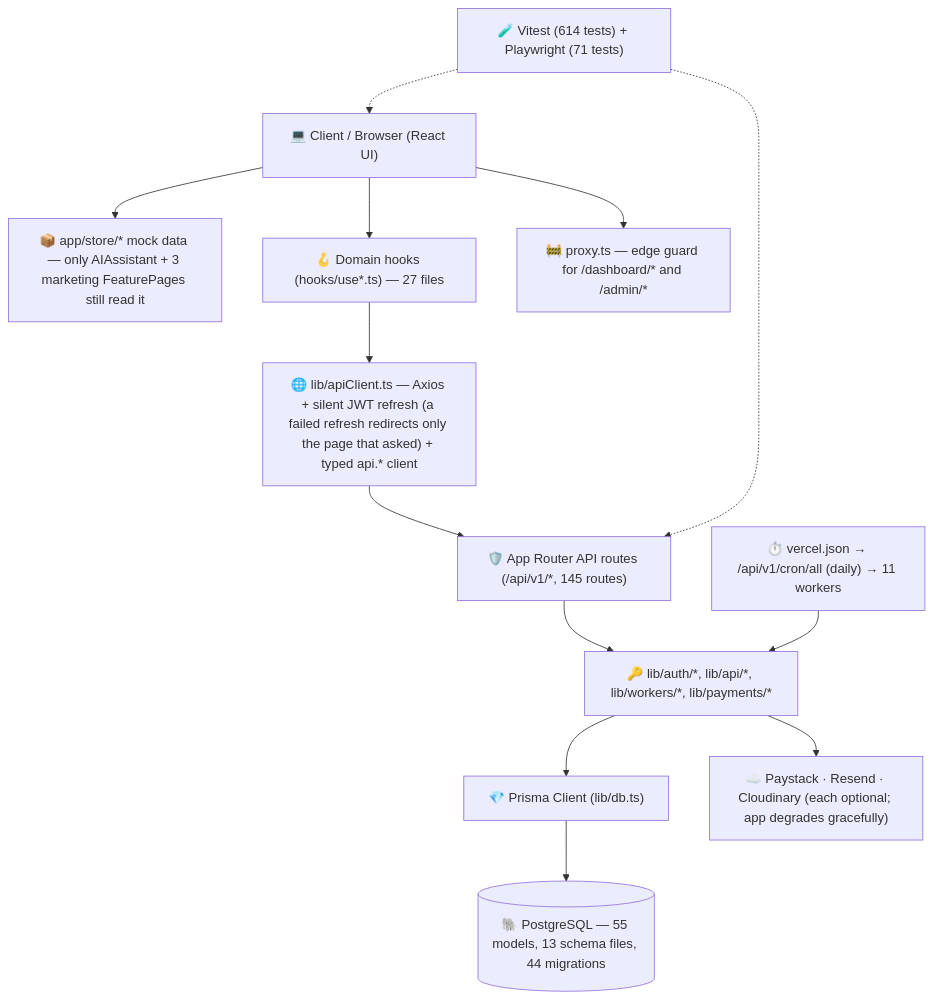
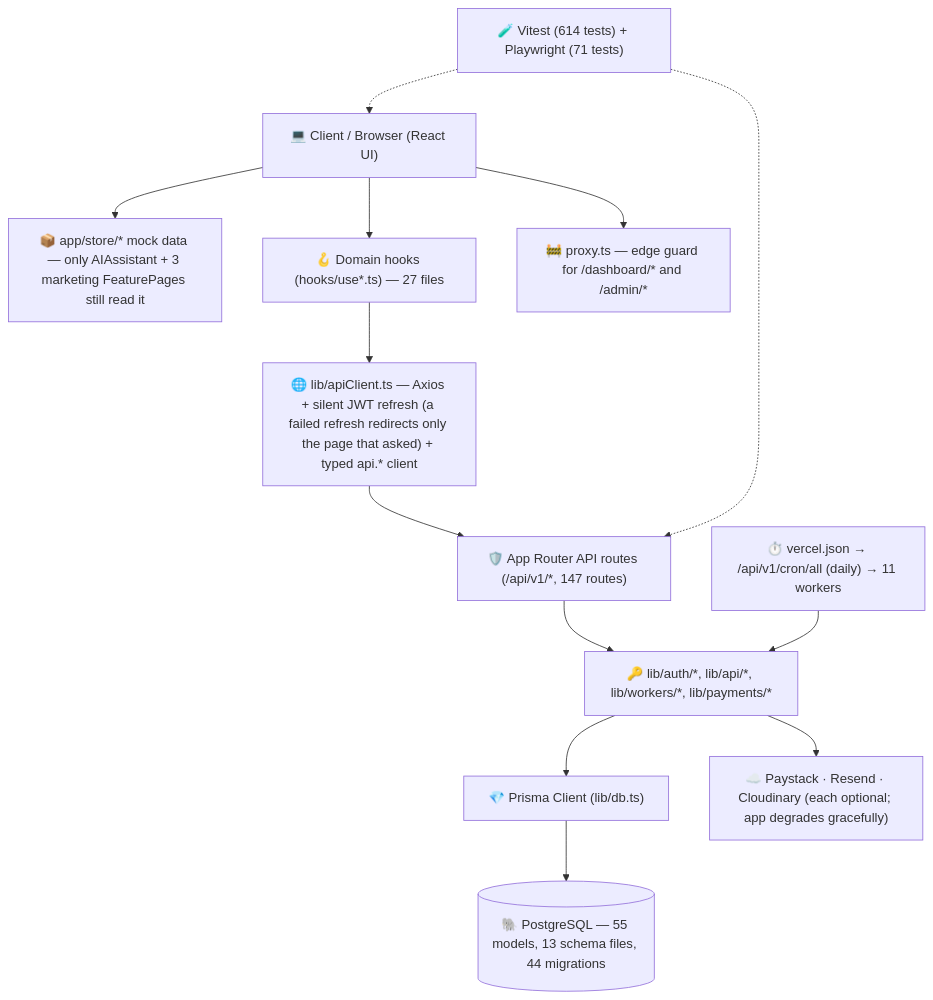
Before and after one commit to Proplity/proplity: the diagram in PROJECT_STRUCTURE.md, drawn with Mermaid. The commit also changed other lines of this file and 15 other files, not shown here.

````diff
--- a/PROJECT_STRUCTURE.md
+++ b/PROJECT_STRUCTURE.md
@@ -11,28 +11,28 @@
 ```mermaid
 graph TD
     Client["💻 Client / Browser (React UI)"]
     Store["📦 app/store/* mock data — only AIAssistant + 3 marketing FeaturePages still read it"]
     Hooks["🪝 Domain hooks (hooks/use*.ts) — 27 files"]
     ApiClient["🌐 lib/apiClient.ts — Axios + silent JWT refresh (a failed refresh redirects only the page that asked) + typed api.* client"]
     Proxy["🚧 proxy.ts — edge guard for /dashboard/* and /admin/*"]
-    NextApi["🛡️ App Router API routes (/api/v1/*, 145 routes)"]
+    NextApi["🛡️ App Router API routes (/api/v1/*, 147 routes)"]
     LibCore["🔑 lib/auth/*, lib/api/*, lib/workers/*, lib/payments/*"]
     PrismaClient["💎 Prisma Client (lib/db.ts)"]
     Postgres[("🐘 PostgreSQL — 55 models, 13 schema files, 44 migrations")]
     Cron["⏱️ vercel.json → /api/v1/cron/all (daily) → 11 workers"]
     Ext["☁️ Paystack · Resend · Cloudinary (each optional; app degrades gracefully)"]
     Tests["🧪 Vitest (614 tests) + Playwright (71 tests)"]
 
     Client --> Store
     Client --> Proxy
     Client --> Hooks
     Hooks --> ApiClient
     ApiClient --> NextApi
     NextApi --> LibCore
     LibCore --> PrismaClient
     LibCore --> Ext
     Cron --> LibCore
     PrismaClient --> Postgres
     Tests -.-> NextApi
     Tests -.-> Client
 ```
````
